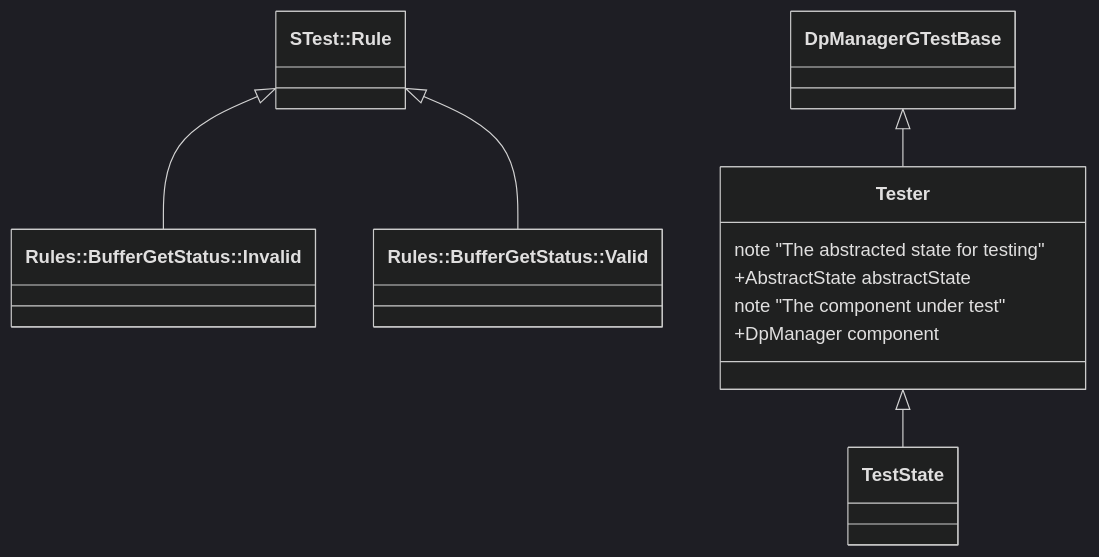
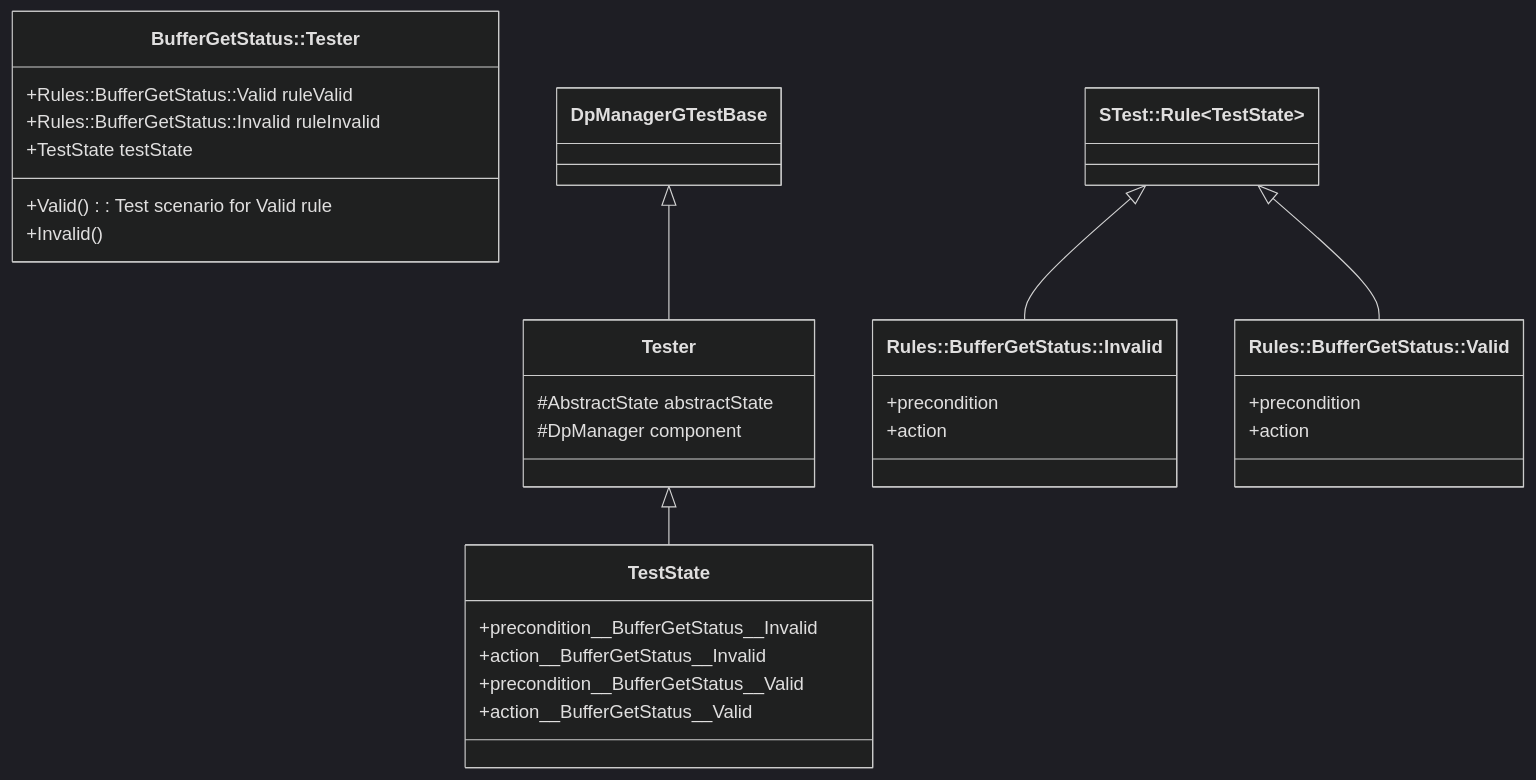
Before and after one commit to bocchino/fprime: the diagram in Svc/DpManager/test/ut/README.md, drawn with Mermaid (dark theme).

````diff
--- a/Svc/DpManager/test/ut/README.md
+++ b/Svc/DpManager/test/ut/README.md
@@ -5,16 +5,32 @@
 ```mermaid
 classDiagram
-    class STest__Rule["STest::Rule<TestState>"]
-    class Rules__BufferGetStatus__Invalid["Rules::BufferGetStatus::Invalid"]
-    class Rules__BufferGetStatus__Valid["Rules::BufferGetStatus::Valid"]
     class Tester {
-        note "The abstracted state for testing"
-        +AbstractState abstractState
-        note "The component under test"
-        +DpManager component
+        #AbstractState abstractState
+        #DpManager component
+    }
+    class TestState {
+        +precondition__BufferGetStatus__Invalid
+        +action__BufferGetStatus__Invalid
+        +precondition__BufferGetStatus__Valid
+        +action__BufferGetStatus__Valid
+    }
+    class `Rules::BufferGetStatus::Invalid` {
+        +precondition
+        +action
+    }
+    class `Rules::BufferGetStatus::Valid` {
+        +precondition
+        +action
+    }
+    class `BufferGetStatus::Tester` {
+        +Valid() : Test scenario for Valid rule
+        +Invalid()
+        +Rules::BufferGetStatus::Valid ruleValid
+        +Rules::BufferGetStatus::Invalid ruleInvalid
+        +TestState testState
     }
     DpManagerGTestBase <|-- Tester
     Tester <|-- TestState
-    STest__Rule~TestState~ <|-- Rules__BufferGetStatus__Invalid
-    STest__Rule <|-- Rules__BufferGetStatus__Valid
+    `STest::Rule`~TestState~ <|-- `Rules::BufferGetStatus::Invalid`
+    `STest::Rule`~TestState~ <|-- `Rules::BufferGetStatus::Valid`
 ```
````
